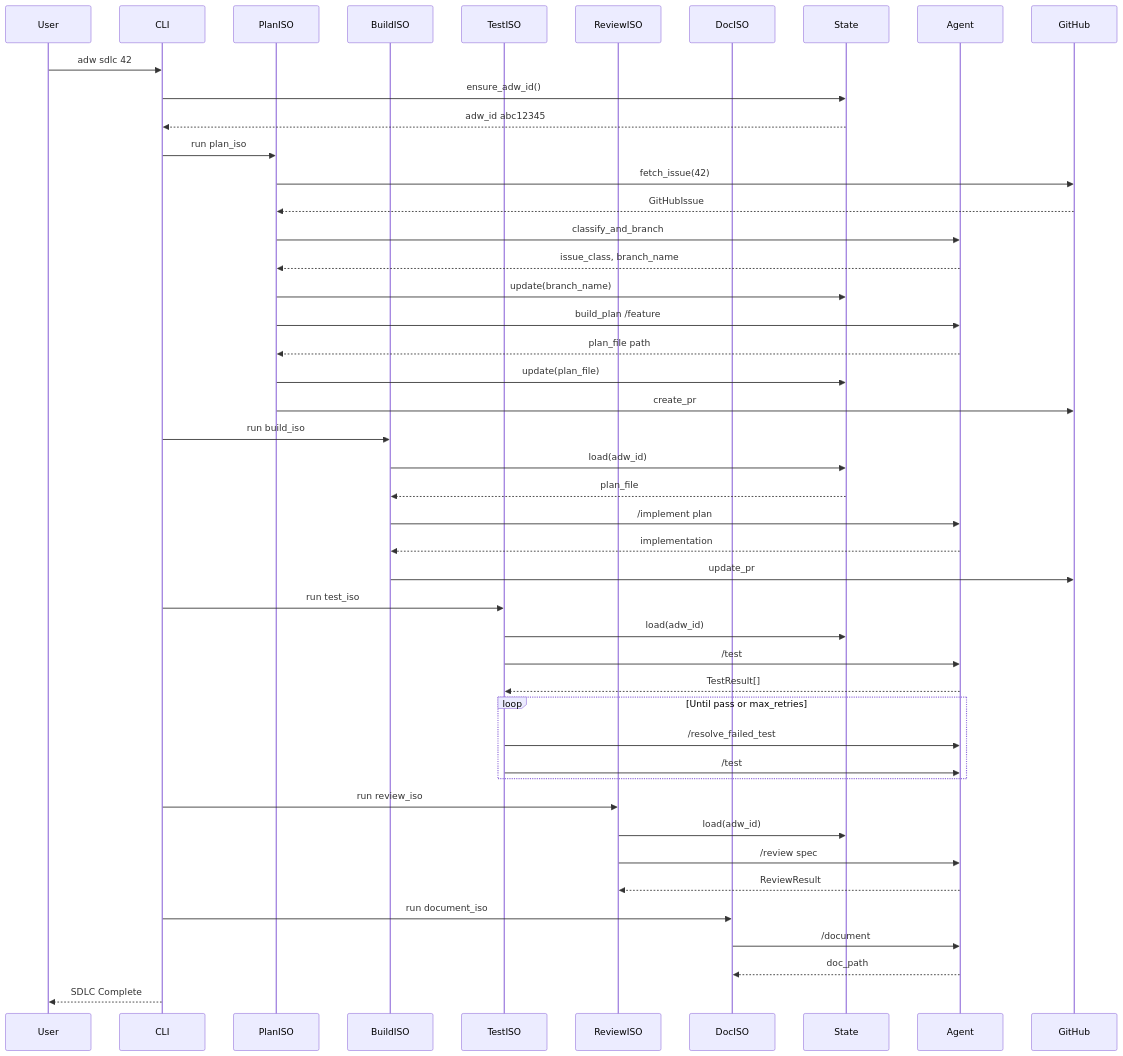
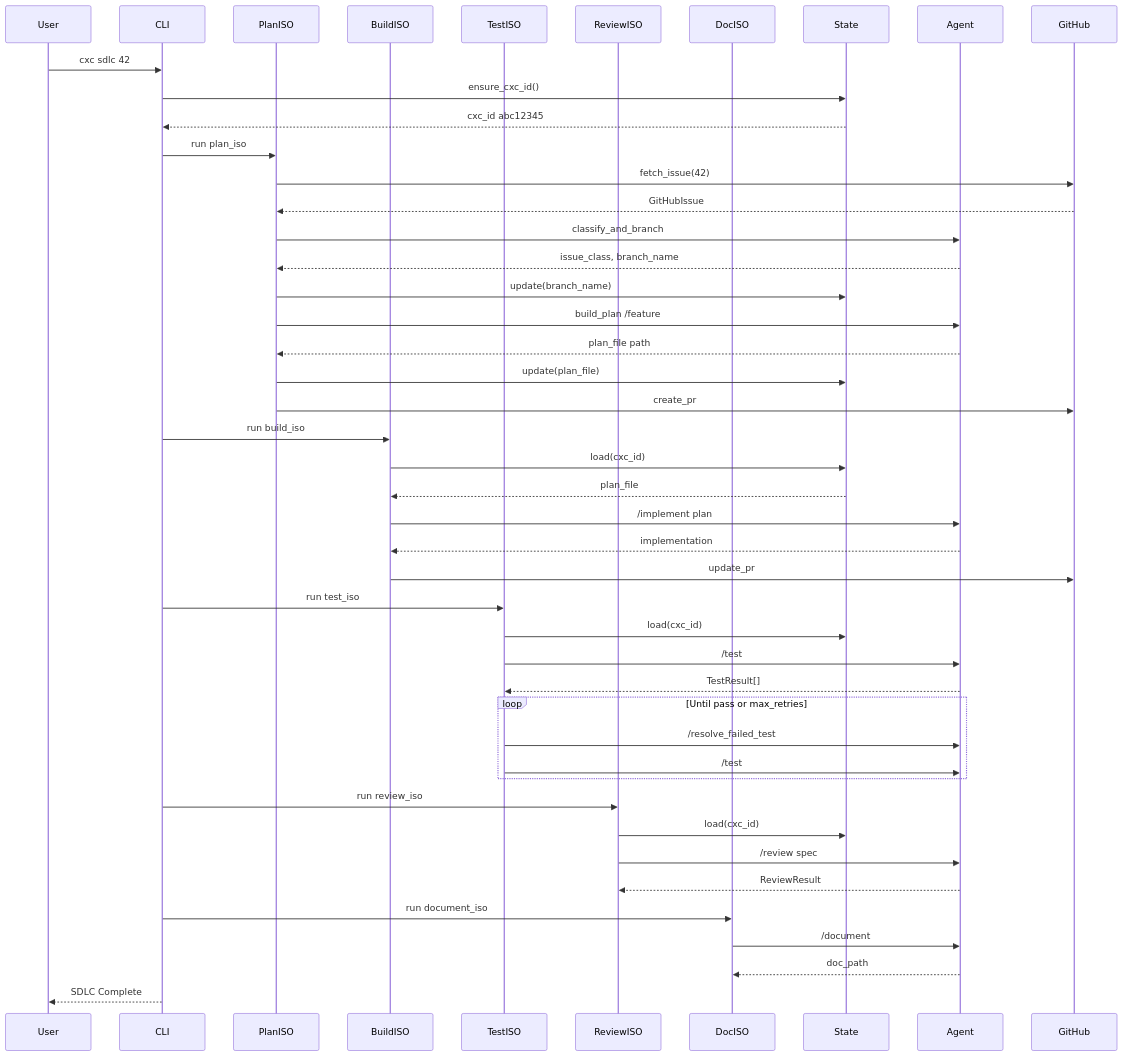
One commit to alexfosterinvisible/Cortex-Code changed the third of 20 diagrams in .af/specs/fullrepo_dec30/C/design.md. Above: the diagram before and after it, drawn with Mermaid. The commit also changed other lines of this file and 19 other files, not shown here.

First line of the commit message:
fix: complete adw→cxc rename + fix integration tests

````diff
--- a/.af/specs/fullrepo_dec30/C/design.md
+++ b/.af/specs/fullrepo_dec30/C/design.md
@@ -164,56 +164,56 @@
 ```mermaid
 sequenceDiagram
     participant User
     participant CLI
     participant PlanISO
     participant BuildISO
     participant TestISO
     participant ReviewISO
     participant DocISO
     participant State
     participant Agent
     participant GitHub
 
-    User->>CLI: adw sdlc 42
-    CLI->>State: ensure_adw_id()
-    State-->>CLI: adw_id abc12345
+    User->>CLI: cxc sdlc 42
+    CLI->>State: ensure_cxc_id()
+    State-->>CLI: cxc_id abc12345
 
     CLI->>PlanISO: run plan_iso
     PlanISO->>GitHub: fetch_issue(42)
     GitHub-->>PlanISO: GitHubIssue
     PlanISO->>Agent: classify_and_branch
     Agent-->>PlanISO: issue_class, branch_name
     PlanISO->>State: update(branch_name)
     PlanISO->>Agent: build_plan /feature
     Agent-->>PlanISO: plan_file path
     PlanISO->>State: update(plan_file)
     PlanISO->>GitHub: create_pr
 
     CLI->>BuildISO: run build_iso
-    BuildISO->>State: load(adw_id)
+    BuildISO->>State: load(cxc_id)
     State-->>BuildISO: plan_file
     BuildISO->>Agent: /implement plan
     Agent-->>BuildISO: implementation
     BuildISO->>GitHub: update_pr
 
     CLI->>TestISO: run test_iso
-    TestISO->>State: load(adw_id)
+    TestISO->>State: load(cxc_id)
     TestISO->>Agent: /test
     Agent-->>TestISO: TestResult[]
 
     loop Until pass or max_retries
         TestISO->>Agent: /resolve_failed_test
         TestISO->>Agent: /test
     end
 
     CLI->>ReviewISO: run review_iso
-    ReviewISO->>State: load(adw_id)
+    ReviewISO->>State: load(cxc_id)
     ReviewISO->>Agent: /review spec
     Agent-->>ReviewISO: ReviewResult
 
     CLI->>DocISO: run document_iso
     DocISO->>Agent: /document
     Agent-->>DocISO: doc_path
 
     CLI-->>User: SDLC Complete
 ```
````
